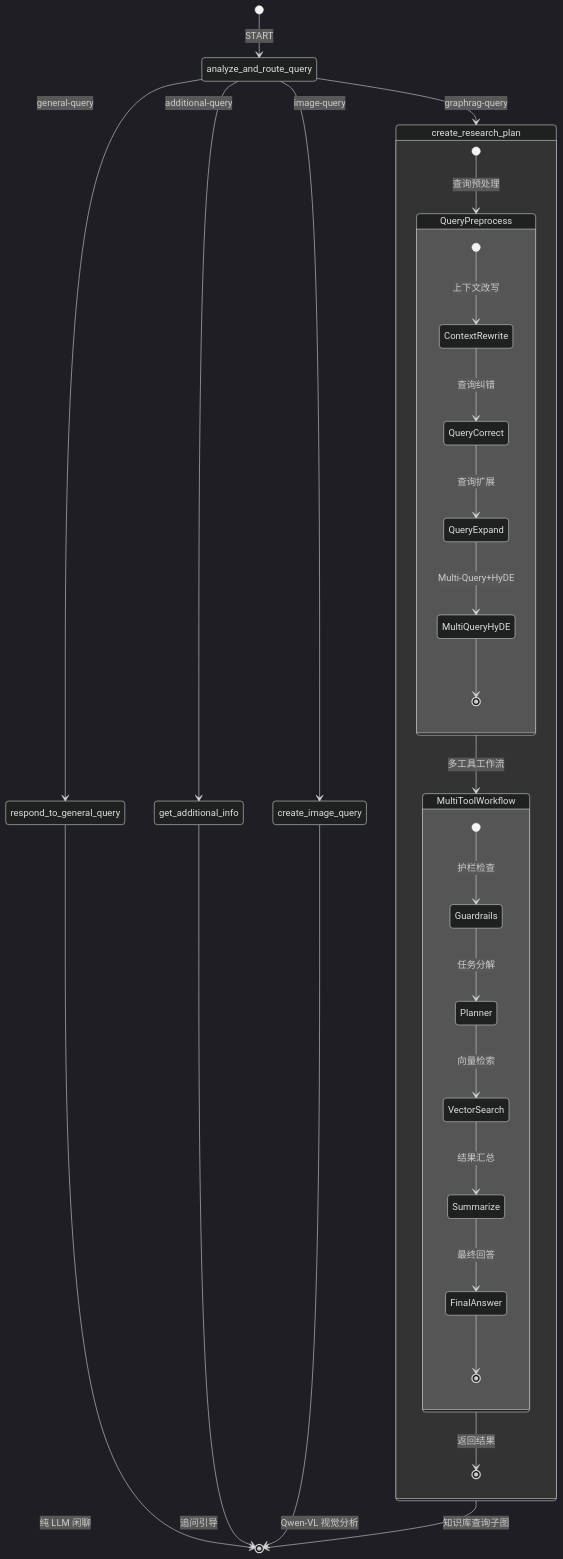
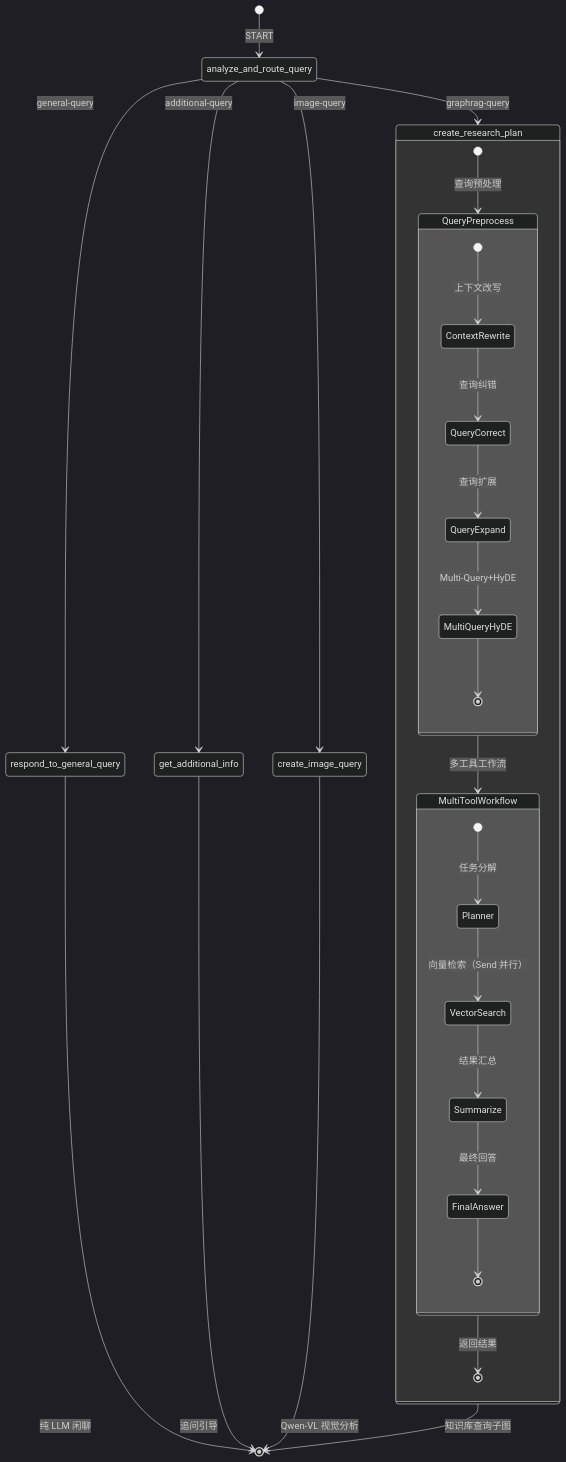
The fourth of 14 diagrams in docs/PROJECT_ANALYSIS.md (blowt16/SmartCS-Agent), drawn with Mermaid (dark theme) before and after one commit. The commit also changed other lines of this file and 5 other files, not shown here.

````diff
--- a/docs/PROJECT_ANALYSIS.md
+++ b/docs/PROJECT_ANALYSIS.md
@@ -305,36 +304,35 @@
 ```mermaid
 stateDiagram-v2
     [*] --> analyze_and_route_query: START
     analyze_and_route_query --> respond_to_general_query: general-query
     analyze_and_route_query --> get_additional_info: additional-query
     analyze_and_route_query --> create_research_plan: graphrag-query
     analyze_and_route_query --> create_image_query: image-query
 
     respond_to_general_query --> [*]: 纯 LLM 闲聊
     get_additional_info --> [*]: 追问引导
     create_research_plan --> [*]: 知识库查询子图
     create_image_query --> [*]: Qwen-VL 视觉分析
 
     state create_research_plan {
         [*] --> QueryPreprocess: 查询预处理
         QueryPreprocess --> MultiToolWorkflow: 多工具工作流
         MultiToolWorkflow --> [*]: 返回结果
 
         state QueryPreprocess {
             [*] --> ContextRewrite: 上下文改写
             ContextRewrite --> QueryCorrect: 查询纠错
             QueryCorrect --> QueryExpand: 查询扩展
             QueryExpand --> MultiQueryHyDE: Multi-Query+HyDE
             MultiQueryHyDE --> [*]
         }
 
         state MultiToolWorkflow {
-            [*] --> Guardrails: 护栏检查
-            Guardrails --> Planner: 任务分解
-            Planner --> VectorSearch: 向量检索
+            [*] --> Planner: 任务分解
+            Planner --> VectorSearch: 向量检索（Send 并行）
             VectorSearch --> Summarize: 结果汇总
             Summarize --> FinalAnswer: 最终回答
             FinalAnswer --> [*]
         }
     }
 ```
````
